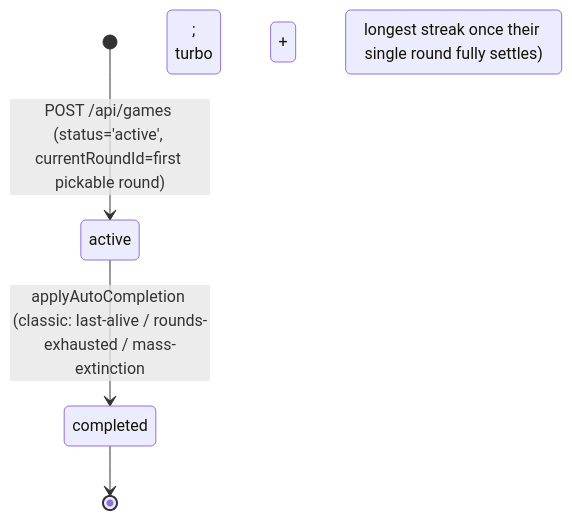
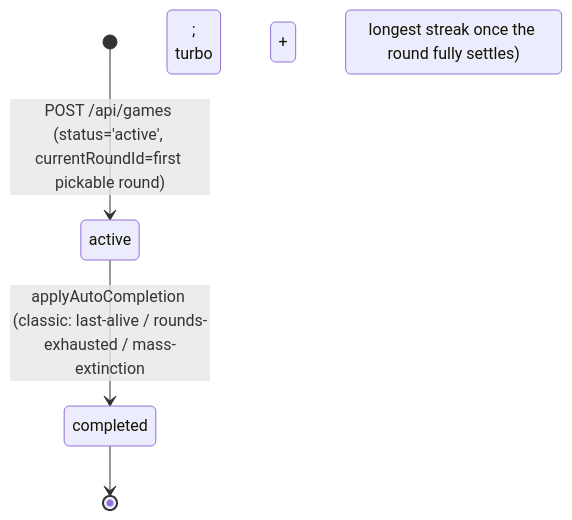
One commit to lennons301/last-person-standing changed the second of 4 diagrams in docs/game-modes/README.md. Above: the diagram before and after it, drawn with Mermaid. The commit also changed other lines of this file and 3 other files, not shown here.

````diff
--- a/docs/game-modes/README.md
+++ b/docs/game-modes/README.md
@@ -49,6 +55,6 @@
 ```mermaid
 stateDiagram-v2
     [*] --> active: POST /api/games (status='active', currentRoundId=first pickable round)
-    active --> completed: applyAutoCompletion (classic: last-alive / rounds-exhausted / mass-extinction;<br/>turbo + cup: longest streak once their single round fully settles)
+    active --> completed: applyAutoCompletion (classic: last-alive / rounds-exhausted / mass-extinction;<br/>turbo + cup: longest streak once the round fully settles)
     completed --> [*]
 ```
````
